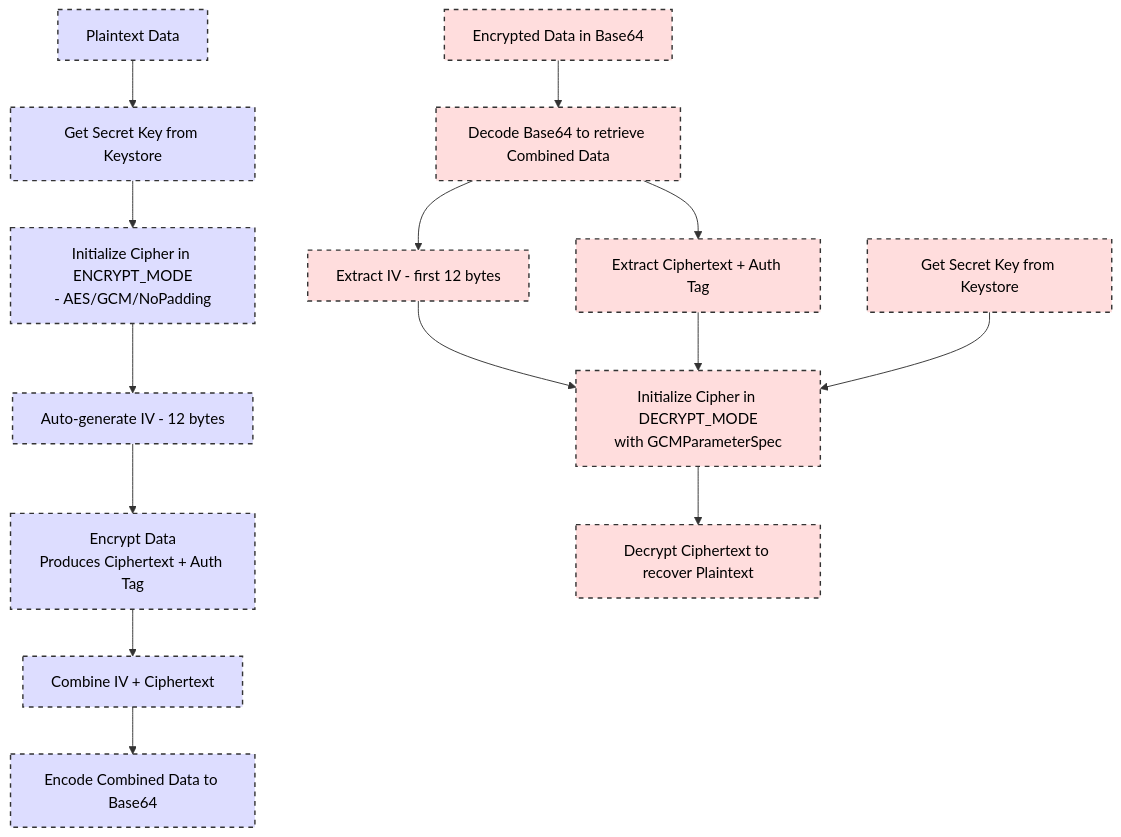
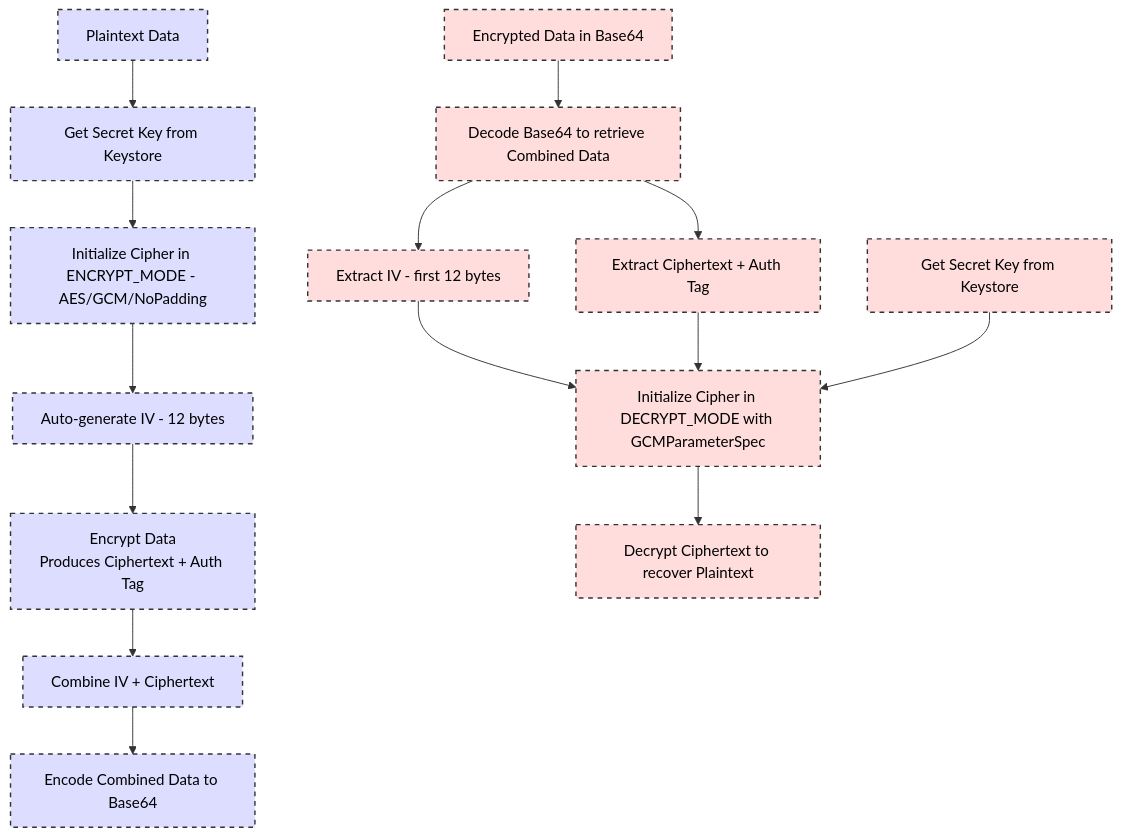
One commit to AviadKorakin/Vault changed the diagram in README.md. Above: the diagram before and after it, drawn with Mermaid.

Commit message:
README.md

````diff
--- a/README.md
+++ b/README.md
@@ -1,39 +1,39 @@
 ```mermaid
 ---
 config:
   layout: fixed
 ---
 flowchart TD
     A["Plaintext Data"] --> B["Get Secret Key from Keystore"]
-    B --> C["Initialize Cipher in ENCRYPT_MODE\n- AES/GCM/NoPadding"]
+    B --> C["Initialize Cipher in ENCRYPT_MODE - AES/GCM/NoPadding"]
     C --> D["Auto-generate IV - 12 bytes"]
     D --> E["Encrypt Data\nProduces Ciphertext + Auth Tag"]
     E --> F["Combine IV + Ciphertext"]
     F --> G["Encode Combined Data to Base64"]
     H["Encrypted Data in Base64"] --> I["Decode Base64 to retrieve Combined Data"]
     I --> J["Extract IV - first 12 bytes"] & K["Extract Ciphertext + Auth Tag"]
-    J --> M["Initialize Cipher in DECRYPT_MODE\nwith GCMParameterSpec"]
+    J --> M["Initialize Cipher in DECRYPT_MODE with GCMParameterSpec"]
     K --> M
     L["Get Secret Key from Keystore"] --> M
     M --> N["Decrypt Ciphertext to recover Plaintext"]
 
     H:::decryption
     I:::decryption
     J:::decryption
     K:::decryption
     L:::decryption
     M:::decryption
     N:::decryption
     A:::encryption
     B:::encryption
     C:::encryption
     D:::encryption
     E:::encryption
     F:::encryption
     G:::encryption
 
     classDef encryption fill:#DDF,stroke:#333,stroke-width:1.5px,stroke-dasharray: 5 5, color:#000;
     classDef decryption fill:#FDD,stroke:#333,stroke-width:1.5px,stroke-dasharray: 5 5, color:#000;
 
 
 ```
````
